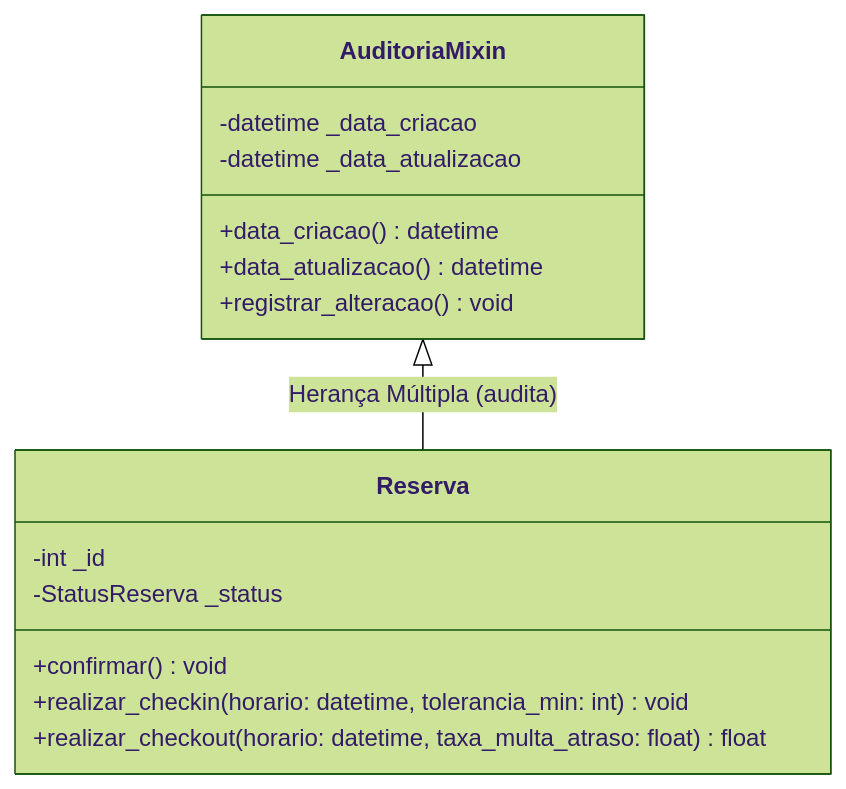
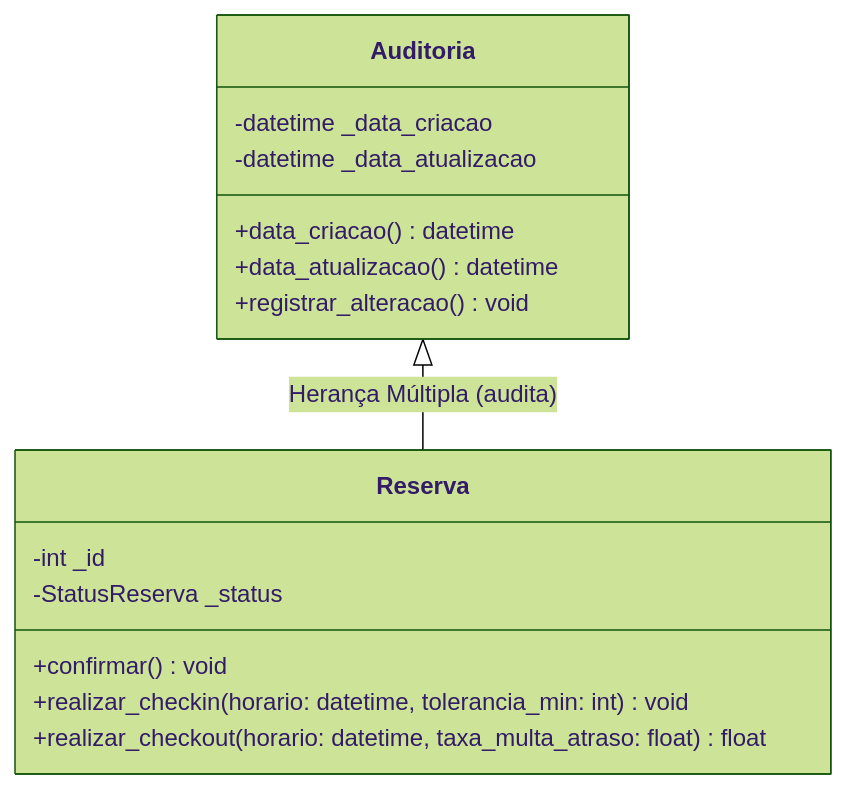
The sixth of 23 diagrams in docs/uml_diagram.md (WandersonLobo/Sistema-de-Reserva-de-Hotel), drawn with Mermaid (forest theme) before and after one commit. The commit also changed other lines of this file and 1 other file, not shown here.

Commit message:
docs: update UML documentation to reflect class name changes from mixins to concrete classes

````diff
--- a/docs/uml_diagram.md
+++ b/docs/uml_diagram.md
@@ -174,22 +174,22 @@
 ```mermaid
 classDiagram
     %% Definição das Classes
-    class AuditoriaMixin {
+    class Auditoria {
         -datetime _data_criacao
         -datetime _data_atualizacao
         +data_criacao() datetime
         +data_atualizacao() datetime
         +registrar_alteracao() void
     }
 
     class Reserva {
         -int _id
         -StatusReserva _status
         +confirmar() void
         +realizar_checkin(horario: datetime, tolerancia_min: int) void
         +realizar_checkout(horario: datetime, taxa_multa_atraso: float) float
     }
 
     %% Relações de Herança
-    AuditoriaMixin <|-- Reserva : Herança Múltipla (audita)
+    Auditoria <|-- Reserva : Herança Múltipla (audita)
 ```
````
